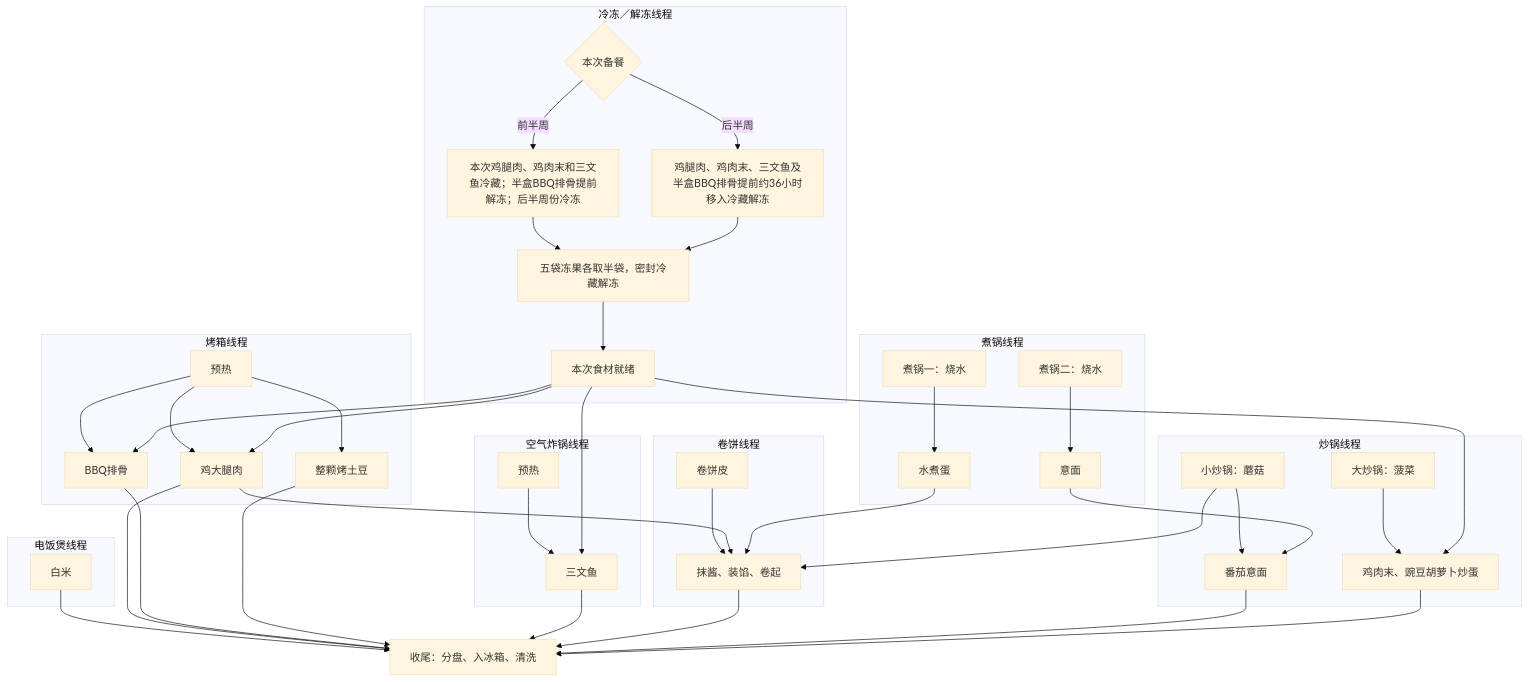
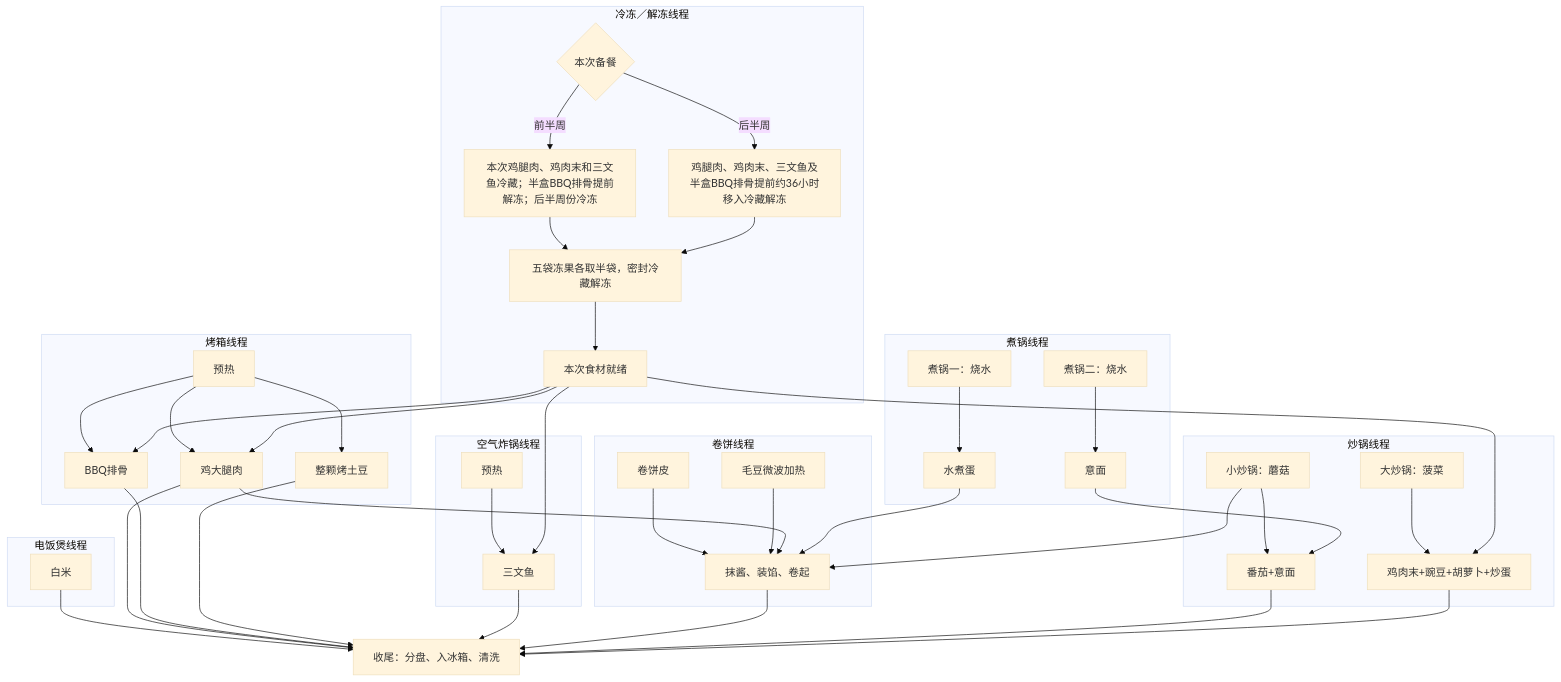
One commit to yunhaixiang/yhmath changed the diagram in content/posts/healthy-eating-plan.md. Above: the diagram before and after it, drawn with Mermaid (base theme). The commit also changed other lines of this file and 9 other files, not shown here.

````diff
--- a/content/posts/healthy-eating-plan.md
+++ b/content/posts/healthy-eating-plan.md
@@ -107,48 +108,49 @@
 ```mermaid
 flowchart TB
     subgraph cold[冷冻／解冻线程]
         C0{本次备餐} -->|前半周| C1[本次鸡腿肉、鸡肉末和三文鱼冷藏；半盒BBQ排骨提前解冻；后半周份冷冻]
         C0 -->|后半周| C2[鸡腿肉、鸡肉末、三文鱼及半盒BBQ排骨提前约36小时移入冷藏解冻]
         C1 --> C4[五袋冻果各取半袋，密封冷藏解冻]
         C2 --> C4
         C4 --> C3[本次食材就绪]
     end
     subgraph rice[电饭煲线程]
         SR[白米]
     end
     subgraph oven[烤箱线程]
         SO0[预热] --> SO2[鸡大腿肉]
         SO0 --> SO3[整颗烤土豆]
         SO0 --> SO1[BBQ排骨]
     end
     subgraph air[空气炸锅线程]
         SA0[预热] --> SA1[三文鱼]
     end
     subgraph pots[煮锅线程]
         SP0[煮锅一：烧水] --> SP2[水煮蛋]
         SP3[煮锅二：烧水] --> SP1[意面]
     end
     subgraph woks[炒锅线程]
-        SW1[小炒锅：蘑菇] --> SW3[番茄意面]
-        SW2[大炒锅：菠菜] --> SW4[鸡肉末、豌豆胡萝卜炒蛋]
+        SW1[小炒锅：蘑菇] --> SW3[番茄+意面]
+        SW2[大炒锅：菠菜] --> SW4[鸡肉末+豌豆+胡萝卜+炒蛋]
     end
     subgraph wraps[卷饼线程]
         ST[卷饼皮] --> ST1[抹酱、装馅、卷起]
+        ST2[毛豆微波加热] --> ST1
     end
     C3 --> SO2
     C3 --> SO1
     C3 --> SA1
     C3 --> SW4
     SR --> SF
     SP1 --> SW3
     SO2 --> SF[收尾：分盘、入冰箱、清洗]
     SO2 --> ST1
     SO1 --> SF
     SO3 --> SF
     SA1 --> SF
     SP2 --> ST1
     SW1 --> ST1
     ST1 --> SF
     SW3 --> SF
     SW4 --> SF
 ```
````
